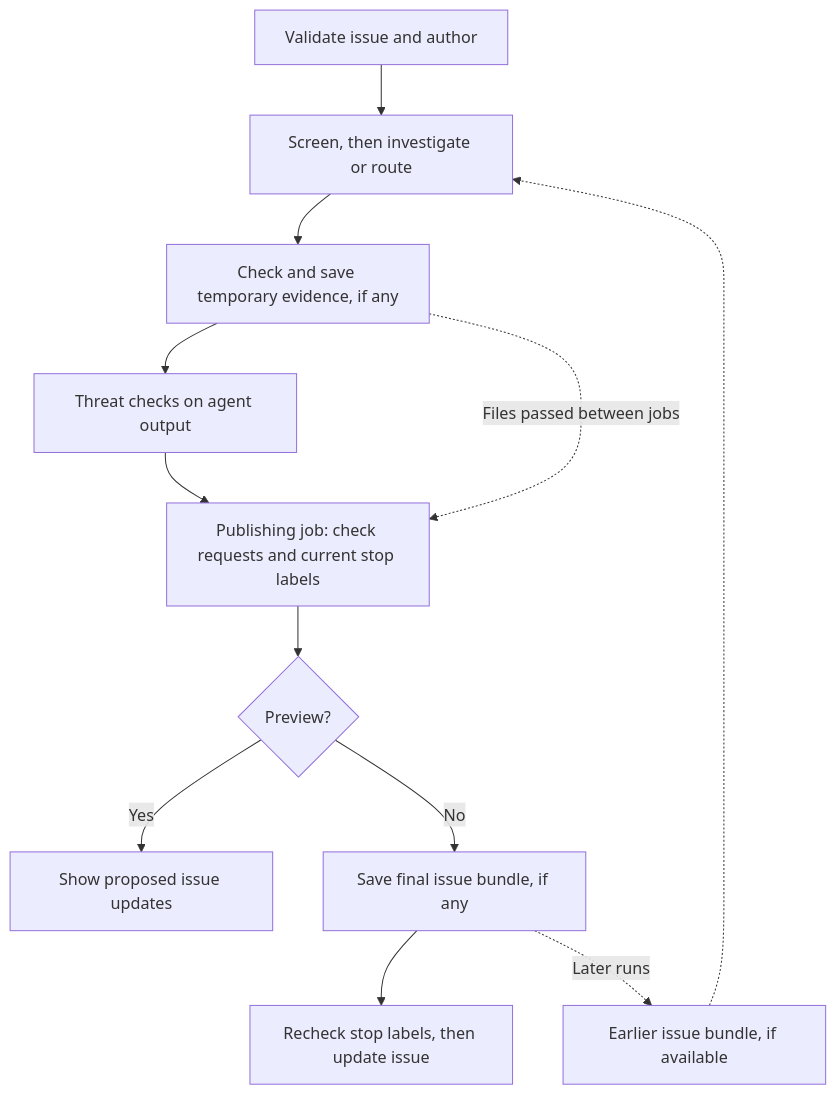
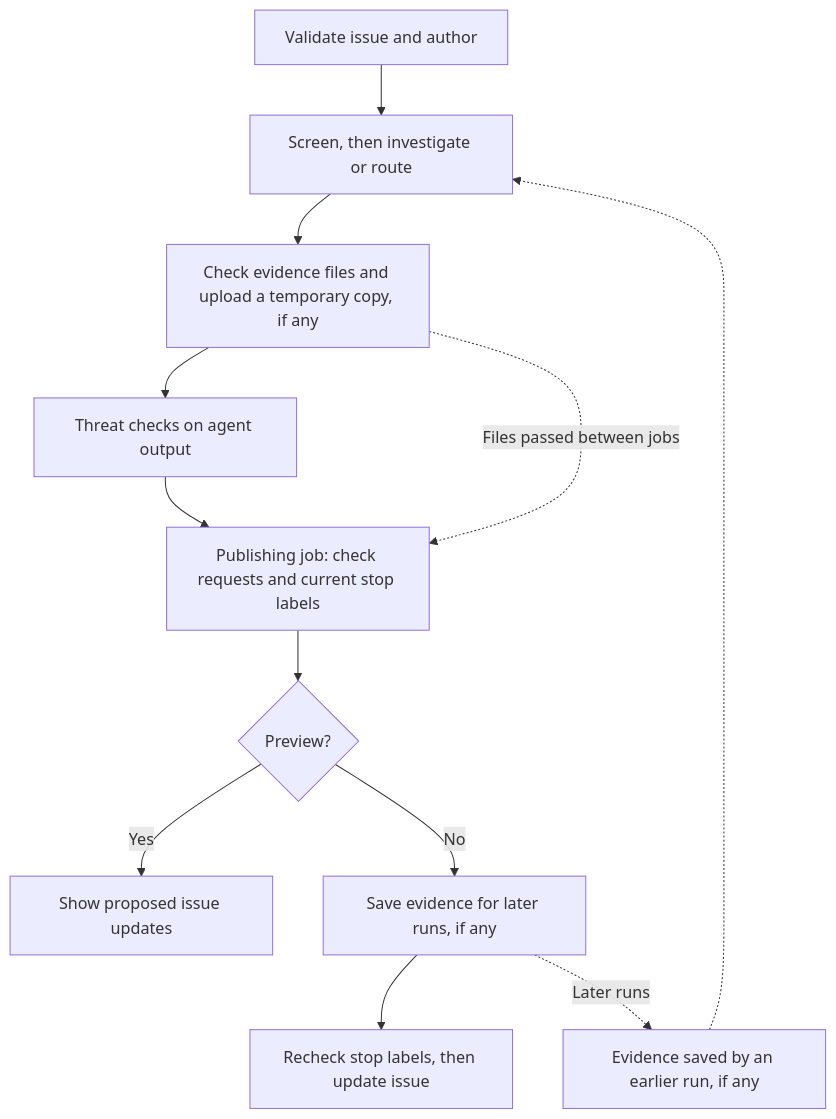
One commit to microsoft/agent-framework changed the diagram in .github/issue-routing.md. Above: the diagram before and after it, drawn with Mermaid. The commit also changed other lines of this file and 12 other files, not shown here.

````diff
--- a/.github/issue-routing.md
+++ b/.github/issue-routing.md
@@ -88,14 +88,14 @@
 ```mermaid
 flowchart TD
     Prepare["Validate issue and author"] --> Agent["Screen, then investigate or route"]
-    Previous["Earlier issue bundle, if available"] -.-> Agent
-    Agent --> Transfer["Check and save temporary evidence, if any"]
-    Transfer --> Threat["Threat checks on agent output"]
+    Previous["Evidence saved by an earlier run, if any"] -.-> Agent
+    Agent --> Copy["Check evidence files and upload a temporary copy, if any"]
+    Copy --> Threat["Threat checks on agent output"]
     Threat --> Checks["Publishing job: check requests and current stop labels"]
-    Transfer -.->|Files passed between jobs| Checks
+    Copy -.->|Files passed between jobs| Checks
     Checks --> Mode{"Preview?"}
     Mode -->|Yes| Preview["Show proposed issue updates"]
-    Mode -->|No| Final["Save final issue bundle, if any"]
+    Mode -->|No| Final["Save evidence for later runs, if any"]
     Final --> Updates["Recheck stop labels, then update issue"]
     Final -.->|Later runs| Previous
 ```
````
